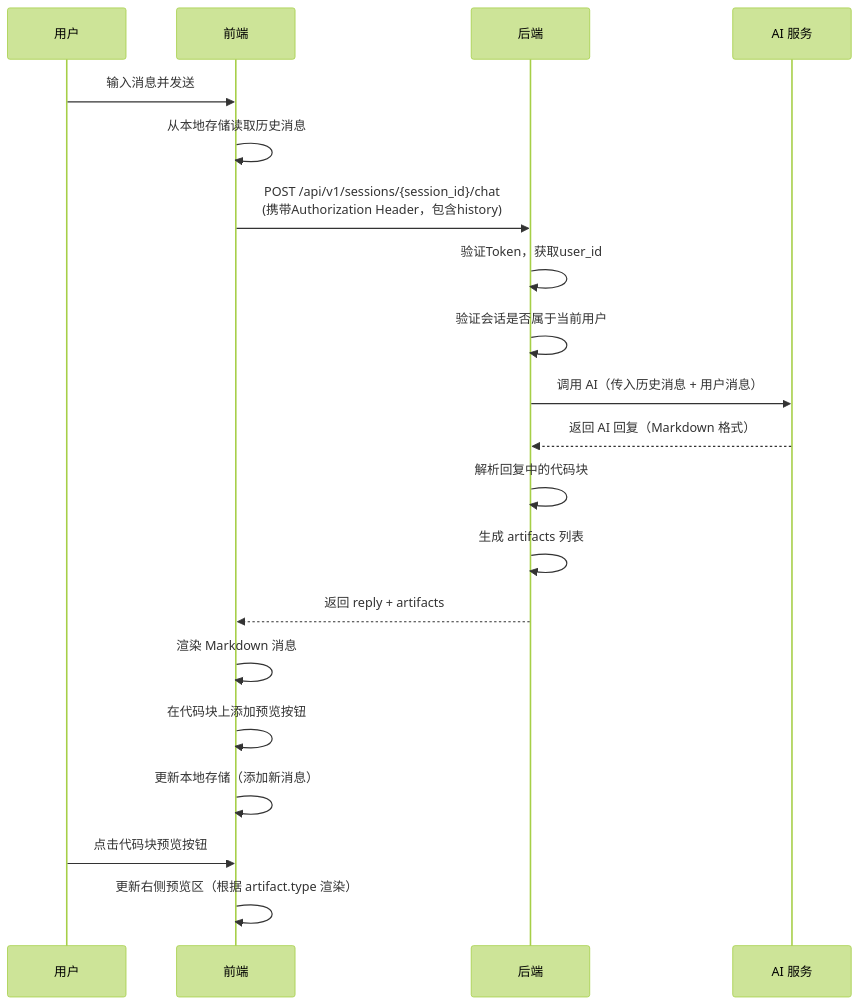
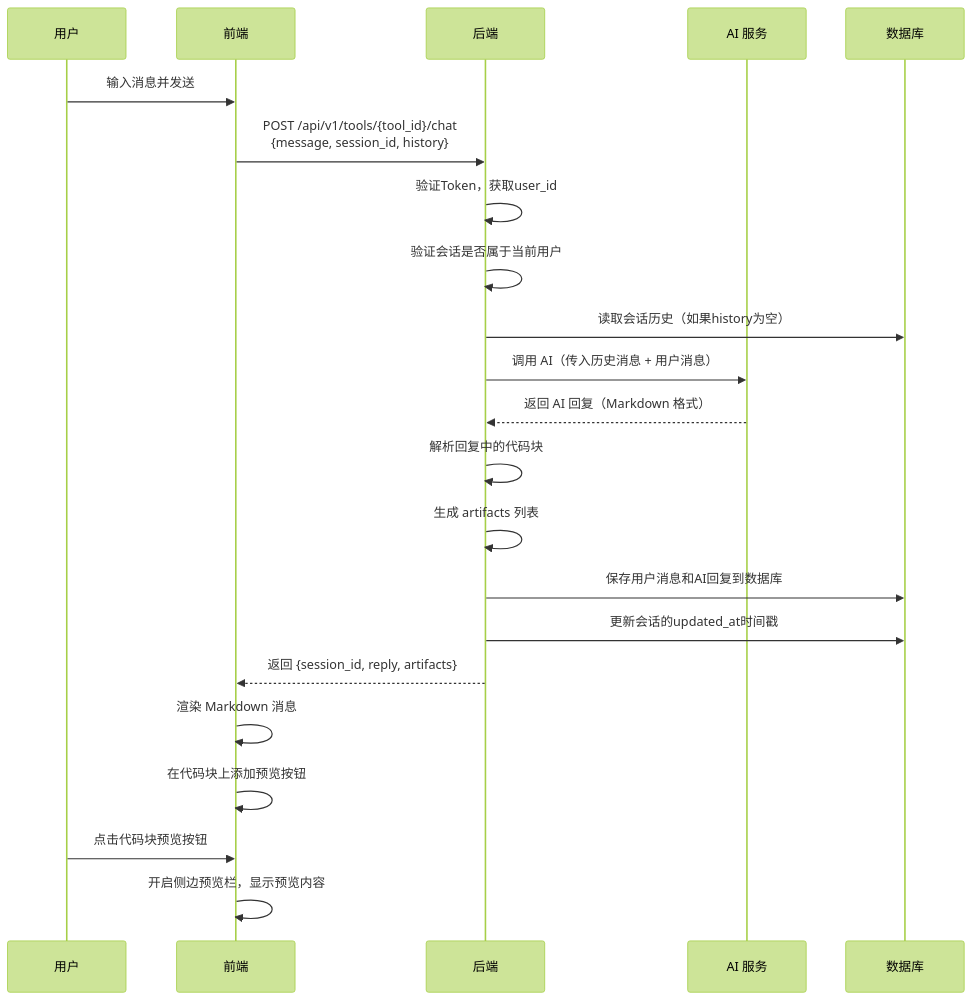
The fifth of 6 diagrams in docs/design/api_interface.md (ZhangColin/ai-teacher-platform), drawn with Mermaid (forest theme) before and after one commit. The commit also changed other lines of this file and 2 other files, not shown here.

````diff
--- a/docs/design/api_interface.md
+++ b/docs/design/api_interface.md
@@ -629,23 +813,25 @@
 ```mermaid
 sequenceDiagram
     participant User as 用户
     participant Frontend as 前端
     participant Backend as 后端
     participant AI as AI 服务
+    participant DB as 数据库
 
     User->>Frontend: 输入消息并发送
-    Frontend->>Frontend: 从本地存储读取历史消息
-    Frontend->>Backend: POST /api/v1/sessions/{session_id}/chat<br/>(携带Authorization Header，包含history)
+    Frontend->>Backend: POST /api/v1/tools/{tool_id}/chat<br/>{message, session_id, history}
     Backend->>Backend: 验证Token，获取user_id
     Backend->>Backend: 验证会话是否属于当前用户
+    Backend->>DB: 读取会话历史（如果history为空）
     Backend->>AI: 调用 AI（传入历史消息 + 用户消息）
     AI-->>Backend: 返回 AI 回复（Markdown 格式）
     Backend->>Backend: 解析回复中的代码块
     Backend->>Backend: 生成 artifacts 列表
-    Backend-->>Frontend: 返回 reply + artifacts
+    Backend->>DB: 保存用户消息和AI回复到数据库
+    Backend->>DB: 更新会话的updated_at时间戳
+    Backend-->>Frontend: 返回 {session_id, reply, artifacts}
     Frontend->>Frontend: 渲染 Markdown 消息
     Frontend->>Frontend: 在代码块上添加预览按钮
-    Frontend->>Frontend: 更新本地存储（添加新消息）
     User->>Frontend: 点击代码块预览按钮
-    Frontend->>Frontend: 更新右侧预览区（根据 artifact.type 渲染）
+    Frontend->>Frontend: 开启侧边预览栏，显示预览内容
 ```
````
